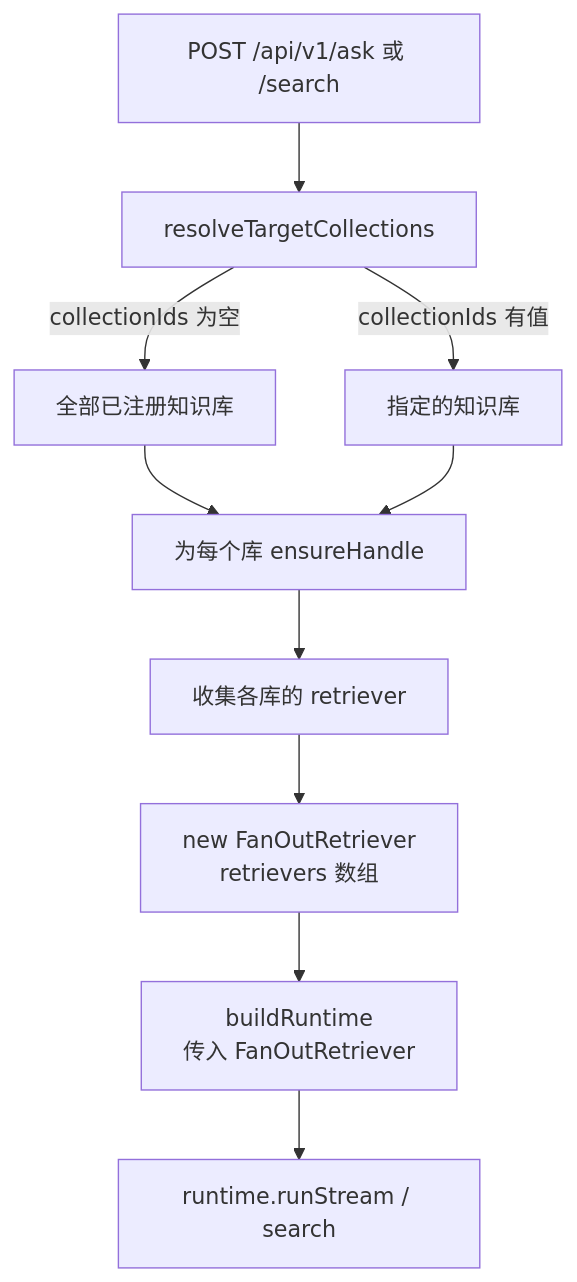
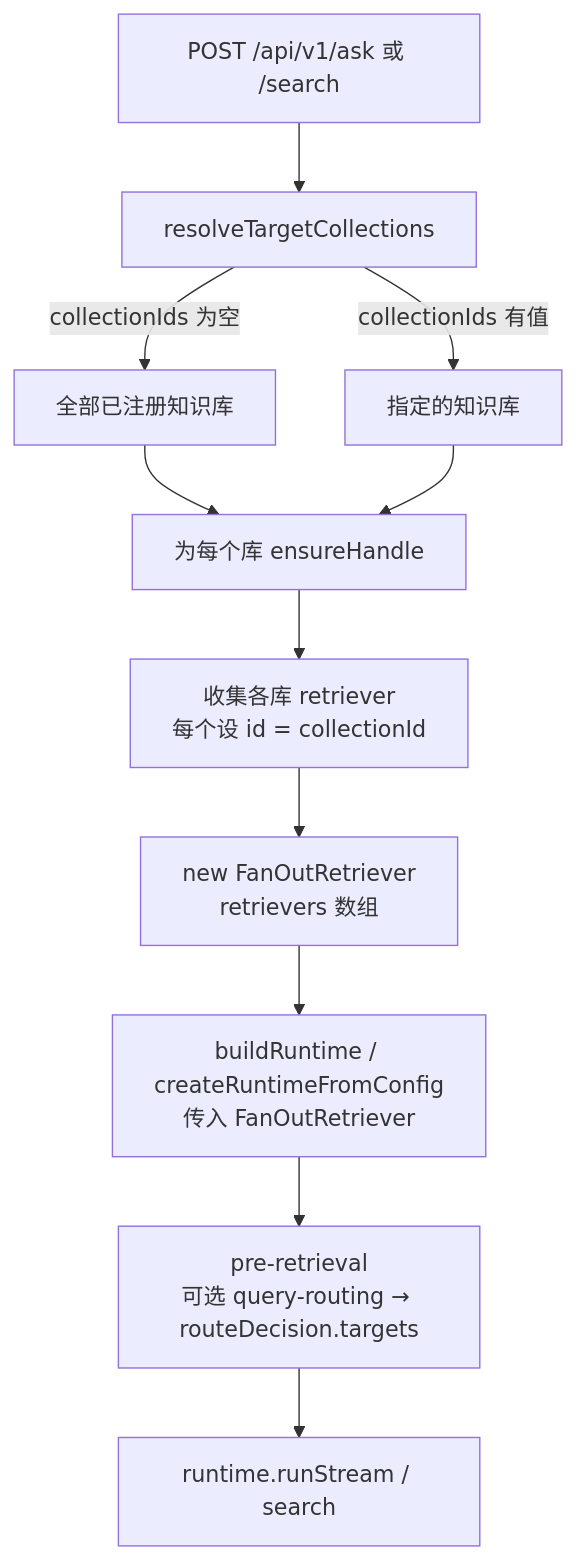
One commit to xumpxxhh/monai-ragsdk changed the diagram in docs/decisions/server-api-redesign.md. Above: the diagram before and after it, drawn with Mermaid. The commit also changed other lines of this file and 9 other files, not shown here.

````diff
--- a/docs/decisions/server-api-redesign.md
+++ b/docs/decisions/server-api-redesign.md
@@ -122,12 +167,13 @@
 ```mermaid
 flowchart TD
   Req["POST /api/v1/ask 或 /search"] --> Resolve["resolveTargetCollections"]
   Resolve -->|"collectionIds 为空"| All["全部已注册知识库"]
   Resolve -->|"collectionIds 有值"| Selected["指定的知识库"]
   All --> EnsureHandles["为每个库 ensureHandle"]
   Selected --> EnsureHandles
-  EnsureHandles --> Retrievers["收集各库的 retriever"]
+  EnsureHandles --> Retrievers["收集各库 retriever\n每个设 id = collectionId"]
   Retrievers --> FanOut["new FanOutRetriever\nretrievers 数组"]
-  FanOut --> BuildRT["buildRuntime\n传入 FanOutRetriever"]
-  BuildRT --> Execute["runtime.runStream / search"]
+  FanOut --> BuildRT["buildRuntime / createRuntimeFromConfig\n传入 FanOutRetriever"]
+  BuildRT --> Pre["pre-retrieval\n可选 query-routing → routeDecision.targets"]
+  Pre --> Execute["runtime.runStream / search"]
 ```
````
